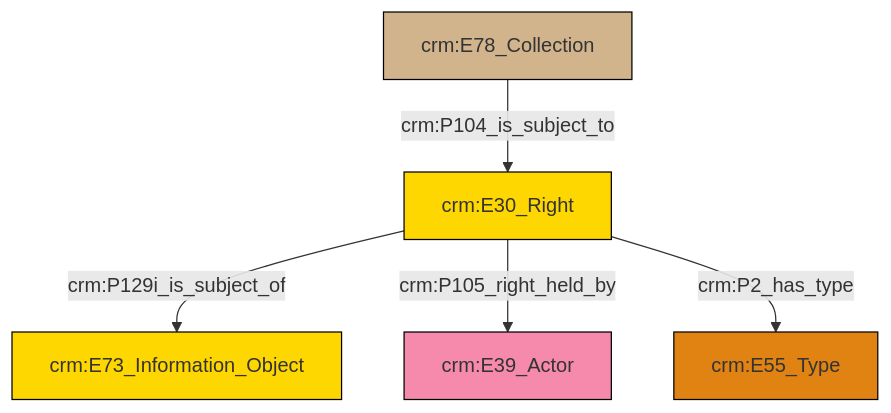
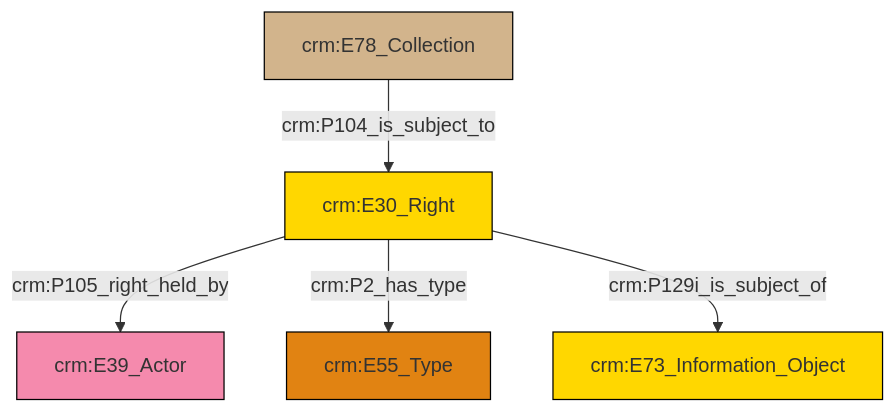
One commit to swiss-art-research-net/docs.swissartresearch changed the diagram in et/archivalCSV/ttl/mmd/archival_rights.ttl.mmd. Above: the diagram before and after it, drawn with Mermaid. The commit also changed 171 other files, not shown here.

```diff
--- a/et/archivalCSV/ttl/mmd/archival_rights.ttl.mmd
+++ b/et/archivalCSV/ttl/mmd/archival_rights.ttl.mmd
@@ -1,19 +1,19 @@
 graph TD
 classDef Literal fill:#f2f2f2,stroke:#000000;
 classDef CRM_Entity fill:#FFFFFF,stroke:#000000;
 classDef Temporal_Entity fill:#00C9E6, stroke:#000000;
 classDef Type fill:#E18312, stroke:#000000;
 classDef Time-Span fill:#2C9C91, stroke:#000000;
 classDef Appellation fill:#FFEB7F, stroke:#000000;
 classDef Place fill:#008836, stroke:#000000;
 classDef Persistent_Item fill:#B266B2, stroke:#000000;
 classDef Conceptual_Object fill:#FFD700, stroke:#000000;
 classDef Physical_Thing fill:#D2B48C, stroke:#000000;
 classDef Actor fill:#f58aad, stroke:#000000;
 classDef PC_Classes fill:#4ce600, stroke:#000000;
 classDef Multi fill:#cccccc,stroke:#000000;
 
-0["crm:E30_Right"]:::Conceptual_Object -->|crm:P129i_is_subject_of| 4["crm:E73_Information_Object"]:::Conceptual_Object
-0["crm:E30_Right"]:::Conceptual_Object -->|crm:P105_right_held_by| 5["crm:E39_Actor"]:::Actor
-2["crm:E78_Collection"]:::Physical_Thing -->|crm:P104_is_subject_to| 0["crm:E30_Right"]:::Conceptual_Object
-0["crm:E30_Right"]:::Conceptual_Object -->|crm:P2_has_type| 7["crm:E55_Type"]:::Type
+2["crm:E30_Right"]:::Conceptual_Object -->|crm:P105_right_held_by| 0["crm:E39_Actor"]:::Actor
+6["crm:E78_Collection"]:::Physical_Thing -->|crm:P104_is_subject_to| 2["crm:E30_Right"]:::Conceptual_Object
+2["crm:E30_Right"]:::Conceptual_Object -->|crm:P2_has_type| 4["crm:E55_Type"]:::Type
+2["crm:E30_Right"]:::Conceptual_Object -->|crm:P129i_is_subject_of| 7["crm:E73_Information_Object"]:::Conceptual_Object
```
